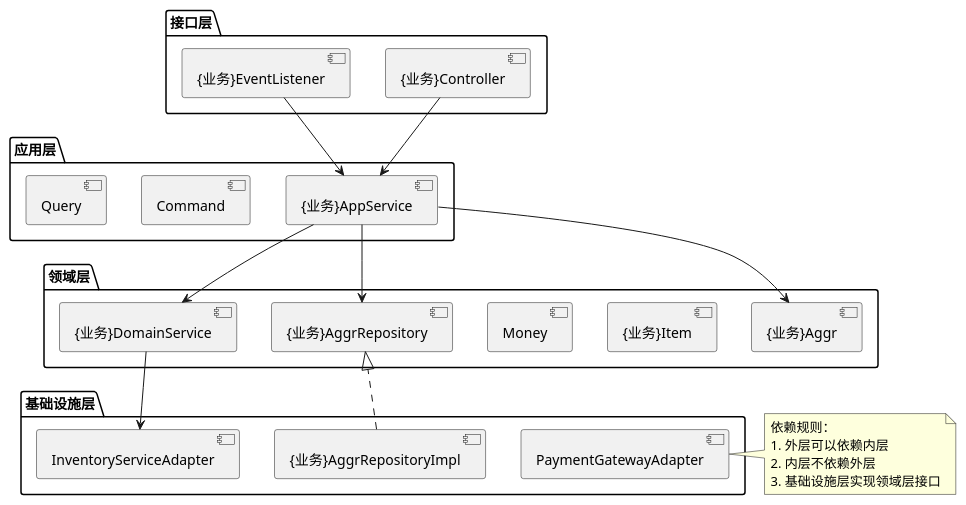
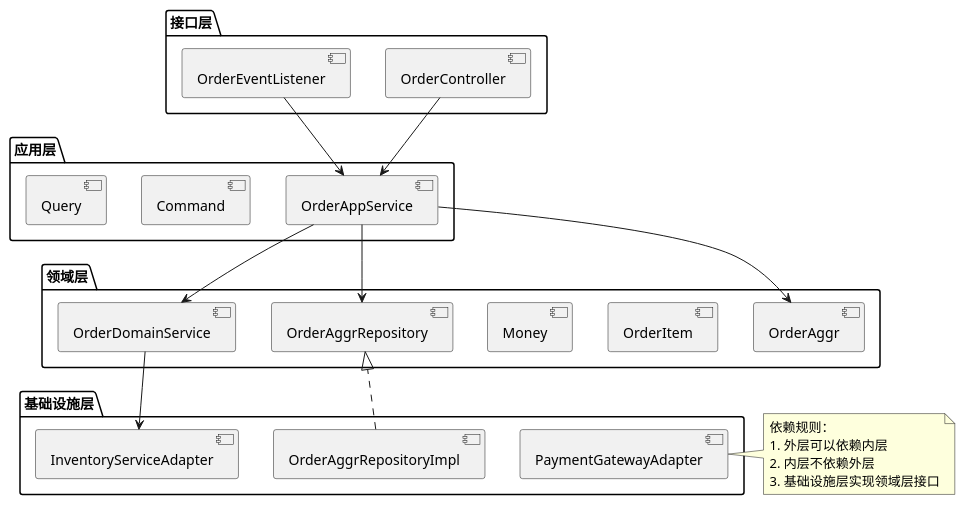
Before and after one commit to LeoNardo-LB/web-quick-start-domain: the third of 14 diagrams in README.md, drawn with PlantUML. The commit also changed other lines of this file and 13 other files, not shown here.

````diff
--- a/README.md
+++ b/README.md
@@ -409,46 +409,46 @@
 ```plantuml
 @startuml 依赖关系图
 
 package "接口层" {
-  [{业务}Controller]
-  [{业务}EventListener]
+  [OrderController]
+  [OrderEventListener]
 }
 
 package "应用层" {
-  [{业务}AppService]
+  [OrderAppService]
   [Command]
   [Query]
 }
 
 package "领域层" {
-  [{业务}Aggr]
-  [{业务}Item]
+  [OrderAggr]
+  [OrderItem]
   [Money]
-  [{业务}AggrRepository]
-  [{业务}DomainService]
+  [OrderAggrRepository]
+  [OrderDomainService]
 }
 
 package "基础设施层" {
-  [{业务}AggrRepositoryImpl]
+  [OrderAggrRepositoryImpl]
   [InventoryServiceAdapter]
   [PaymentGatewayAdapter]
 }
 
 ' 依赖关系
-[{业务}Controller] --> [{业务}AppService]
-[{业务}EventListener] --> [{业务}AppService]
-[{业务}AppService] --> [{业务}Aggr]
-[{业务}AppService] --> [{业务}AggrRepository]
-[{业务}AppService] --> [{业务}DomainService]
-[{业务}AggrRepositoryImpl] ..|> [{业务}AggrRepository]
-[{业务}DomainService] --> [InventoryServiceAdapter]
+[OrderController] --> [OrderAppService]
+[OrderEventListener] --> [OrderAppService]
+[OrderAppService] --> [OrderAggr]
+[OrderAppService] --> [OrderAggrRepository]
+[OrderAppService] --> [OrderDomainService]
+[OrderAggrRepositoryImpl] ..|> [OrderAggrRepository]
+[OrderDomainService] --> [InventoryServiceAdapter]
 
 note right
   依赖规则：
   1. 外层可以依赖内层
   2. 内层不依赖外层
   3. 基础设施层实现领域层接口
 end note
 
 @enduml
 ```
````
